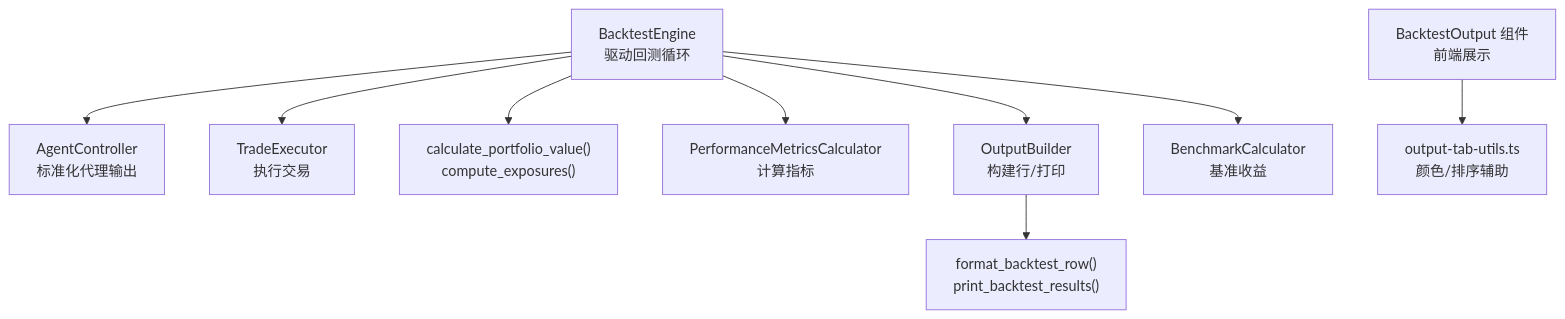
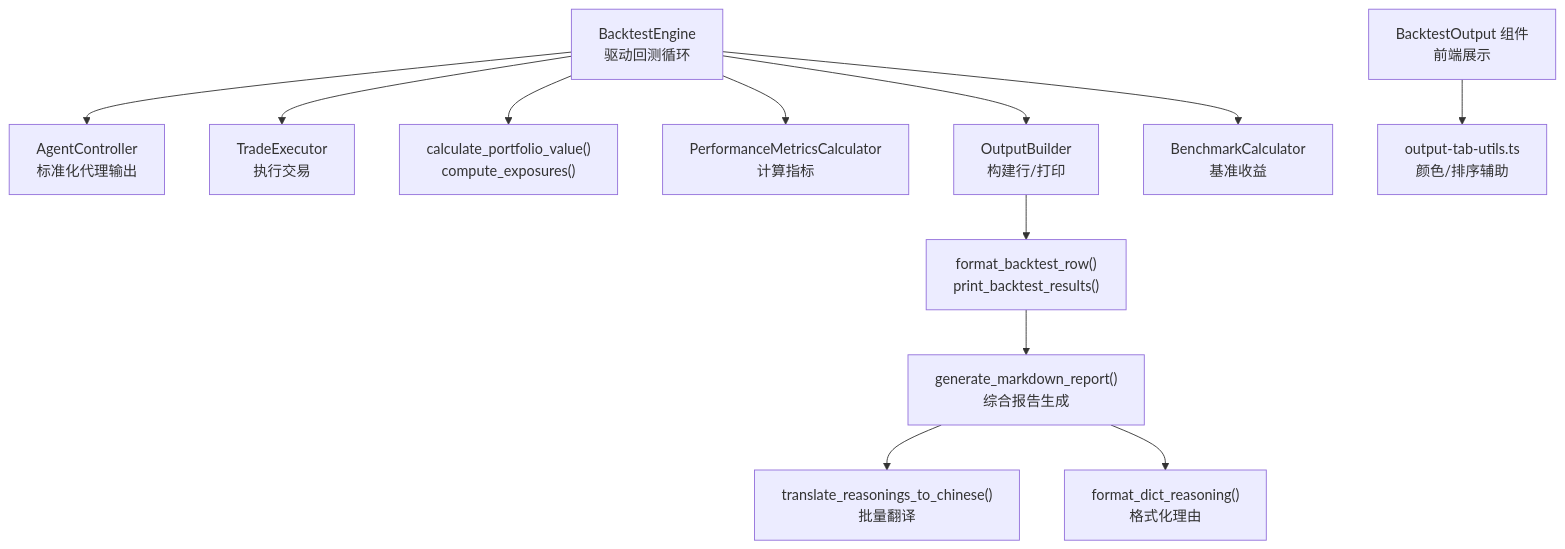
Before and after one commit to lichen14-hash/ai-hedge-fund: the first of 7 diagrams in .qoder/repowiki/zh/content/回测引擎/输出格式化.md, drawn with Mermaid. The commit also changed other lines of this file and 24 other files, not shown here.

````diff
--- a/.qoder/repowiki/zh/content/回测引擎/输出格式化.md
+++ b/.qoder/repowiki/zh/content/回测引擎/输出格式化.md
@@ -39,11 +52,14 @@
 ```mermaid
 graph TB
 Engine["BacktestEngine<br/>驱动回测循环"] --> Controller["AgentController<br/>标准化代理输出"]
 Engine --> Trader["TradeExecutor<br/>执行交易"]
 Engine --> Valuation["calculate_portfolio_value()<br/>compute_exposures()"]
 Engine --> Metrics["PerformanceMetricsCalculator<br/>计算指标"]
 Engine --> Output["OutputBuilder<br/>构建行/打印"]
 Output --> Display["format_backtest_row()<br/>print_backtest_results()"]
 Engine --> Bench["BenchmarkCalculator<br/>基准收益"]
 Frontend["BacktestOutput 组件<br/>前端展示"] --> Utils["output-tab-utils.ts<br/>颜色/排序辅助"]
+Display --> Report["generate_markdown_report()<br/>综合报告生成"]
+Report --> Translation["translate_reasonings_to_chinese()<br/>批量翻译"]
+Report --> FormatReasoning["format_dict_reasoning()<br/>格式化理由"]
 ```
````
